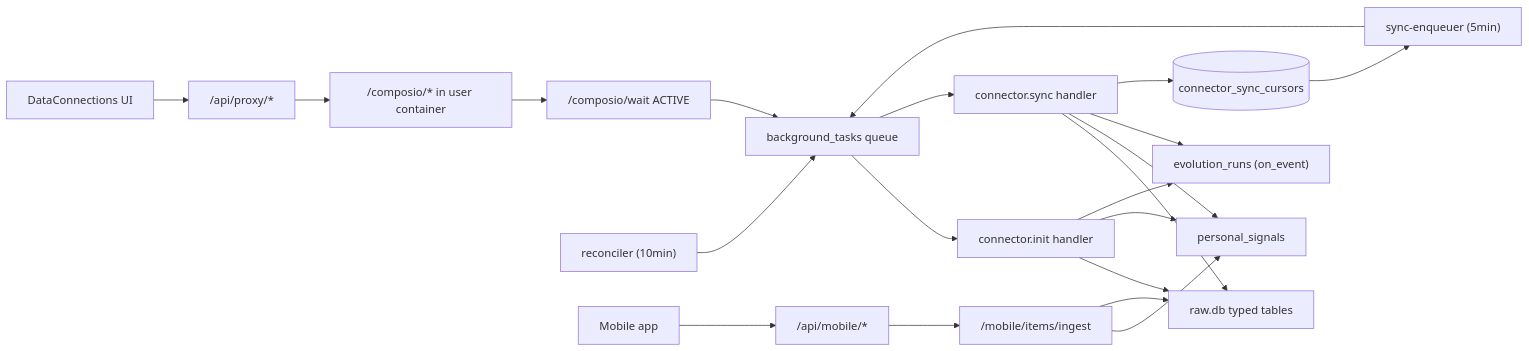
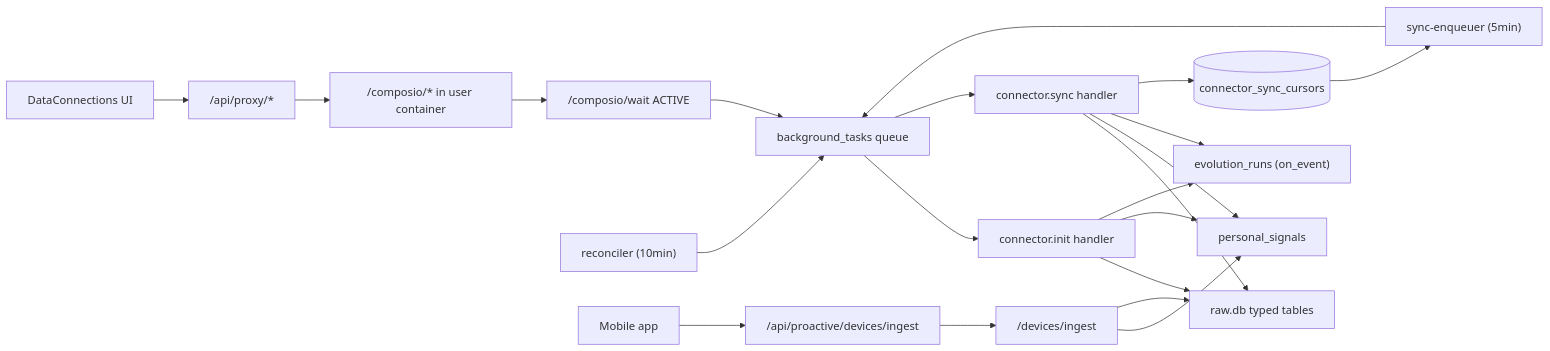
Before and after one commit to Edge-AI-HQ/proactive-assistant: the first of 4 diagrams in docs/modules/data-connectors.mdx, drawn with Mermaid. The commit also changed other lines of this file and 10 other files, not shown here.

Commit message:
feat(devices): harden device ingest

````diff
--- a/docs/modules/data-connectors.mdx
+++ b/docs/modules/data-connectors.mdx
@@ -16,23 +16,23 @@
 ```mermaid
 flowchart LR
   UI["DataConnections UI"] --> Proxy["/api/proxy/*"]
   Proxy --> Composio["/composio/* in user container"]
   Composio --> Wait["/composio/wait ACTIVE"]
   Wait --> Tasks["background_tasks queue"]
   Recon["reconciler (10min)"] --> Tasks
   SyncEnq["sync-enqueuer (5min)"] --> Tasks
   Cursors[("connector_sync_cursors")] --> SyncEnq
   Tasks --> InitH["connector.init handler"]
   Tasks --> SyncH["connector.sync handler"]
   InitH --> Raw["raw.db typed tables"]
   InitH --> PS["personal_signals"]
   InitH --> Evo["evolution_runs (on_event)"]
   SyncH --> Raw
   SyncH --> PS
   SyncH --> Evo
   SyncH --> Cursors
-  Mobile["Mobile app"] --> MobileProxy["/api/mobile/*"]
-  MobileProxy --> MobileRoute["/mobile/items/ingest"]
+  Mobile["Mobile app"] --> MobileProxy["/api/proactive/devices/ingest"]
+  MobileProxy --> MobileRoute["/devices/ingest"]
   MobileRoute --> PS
   MobileRoute --> Raw
 ```
````
